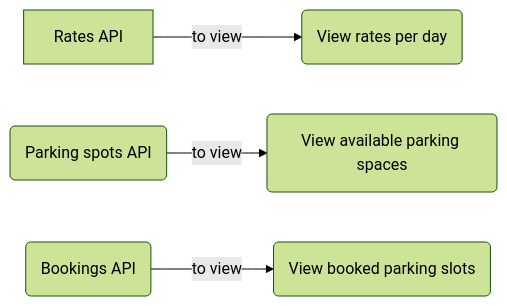
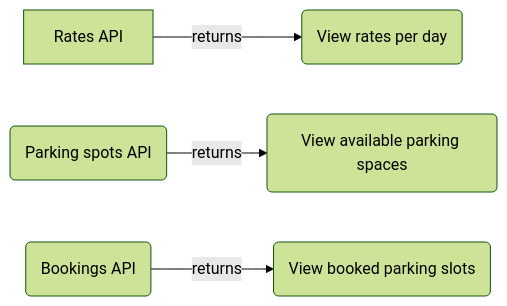
Before and after one commit to alsyedz-examples/parking-system: the diagram in README.md, drawn with Mermaid (forest theme).

````diff
--- a/README.md
+++ b/README.md
@@ -25,6 +25,6 @@
 ```mermaid
 graph LR
-A[Rates API] -- to view --> B(View rates per day)
-C(Parking spots API) -- to view --> D(View available parking spaces)
-E(Bookings API) -- to view --> F(View booked parking slots)
+A[Rates API] -- returns --> B(View rates per day)
+C(Parking spots API) -- returns --> D(View available parking spaces)
+E(Bookings API) -- returns --> F(View booked parking slots)
 ```
````
